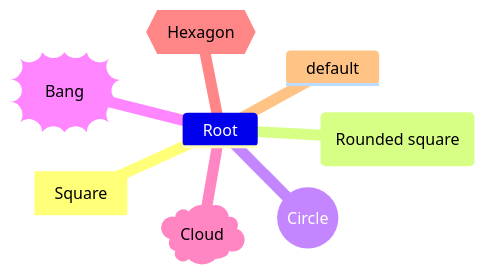
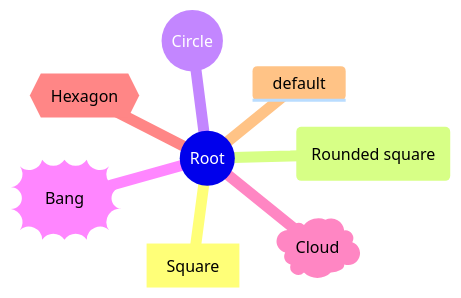
Before and after one commit to lankahsu520/HelperX: diagram 39 of 53 in helper_MarkDown.md, drawn with Mermaid. The commit also changed other lines of this file and 6 other files, not shown here.

Commit message:
add mindmap root(())

````diff
--- a/helper_MarkDown.md
+++ b/helper_MarkDown.md
@@ -1445,11 +1445,11 @@
 ```mermaid
 mindmap
-	Root
+	root((Root))
 		Square[Square]
 		Rounded(Rounded square)
 		Circle((Circle))
 		Bang))Bang((
 		Cloud)Cloud(
 		Hexagon{{Hexagon}}
 		default
 ```
````
